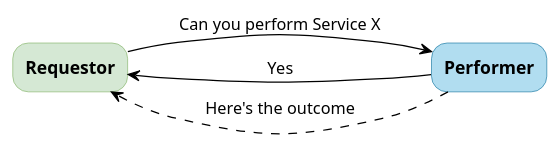
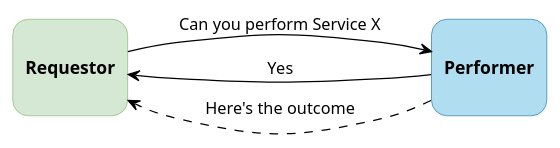
The diagram in input/images-source/request-accept.plantuml (HL7/fhir-cow-ig), drawn with PlantUML before and after one commit. The commit also changed 5 other files, not shown here.

First line of the commit message:
Fulfiller Determination diagrams: taller boxes

```diff
--- a/input/images-source/request-accept.plantuml
+++ b/input/images-source/request-accept.plantuml
@@ -1,19 +1,19 @@
 @startuml request-accept
 skinparam svgDimensionStyle false
 skinparam defaultFontName Arial
 skinparam defaultTextAlignment center
 skinparam ArrowColor Black
 skinparam rectangle {
   RoundCorner 25
   FontStyle bold
 }
 skinparam nodesep 40
 skinparam ranksep 80
 left to right direction
 
-rectangle "Requestor" as AccR #d5e8d4;line:82b366
-rectangle "Performer" as AccP #b1ddf0;line:10739e
+rectangle "\nRequestor\n" as AccR #d5e8d4;line:82b366
+rectangle "\nPerformer\n" as AccP #b1ddf0;line:10739e
 AccR --> AccP : Can you perform Service X
 AccP --> AccR : Yes
 AccP ..> AccR : Here's the outcome
 @enduml
```
